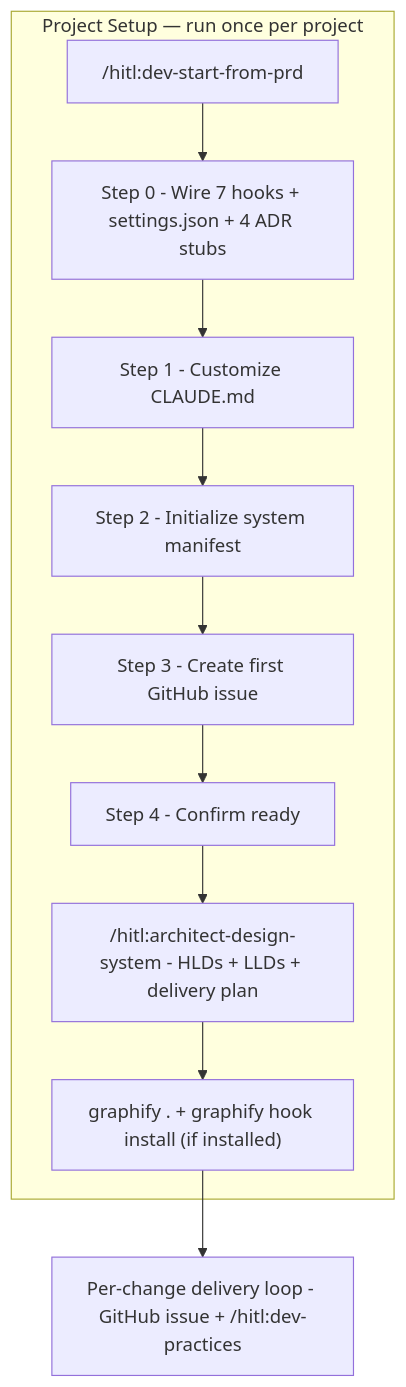
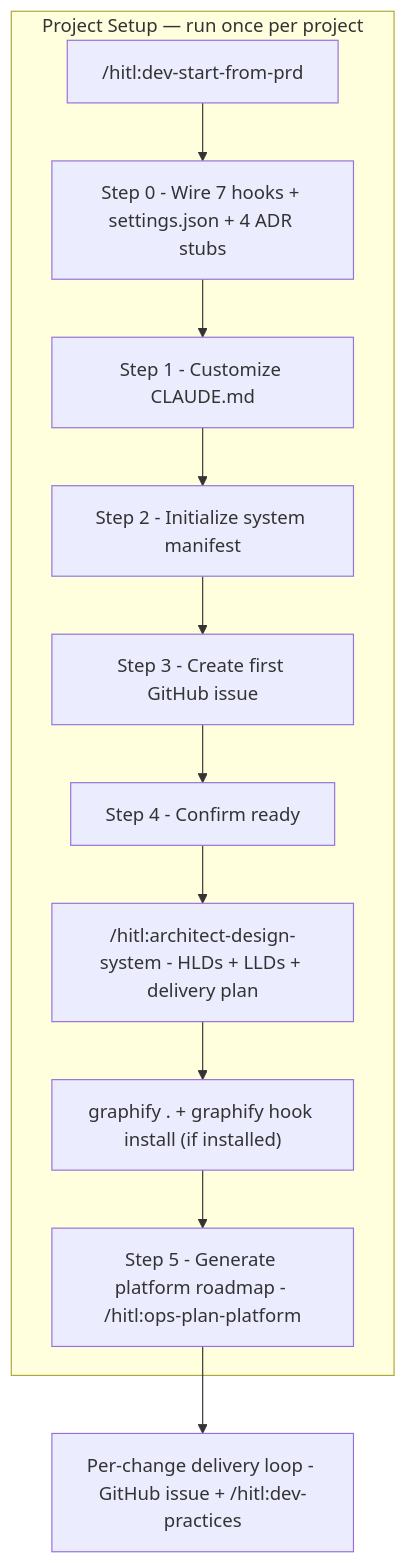
One commit to Prasad-Apparaju/hitl-dev-platform changed the first of 3 diagrams in docs/workflow-prd.md. Above: the diagram before and after it, drawn with Mermaid. The commit also changed other lines of this file and 8 other files, not shown here.

````diff
--- a/docs/workflow-prd.md
+++ b/docs/workflow-prd.md
@@ -11,18 +11,19 @@
 ```mermaid
 graph TB
   subgraph SETUP["Project Setup — run once per project"]
     entry["/hitl:dev-start-from-prd"]
     s0["Step 0 - Wire 7 hooks + settings.json + 4 ADR stubs"]
     s1["Step 1 - Customize CLAUDE.md"]
     s2["Step 2 - Initialize system manifest"]
     s3["Step 3 - Create first GitHub issue"]
     s4["Step 4 - Confirm ready"]
     design["/hitl:architect-design-system - HLDs + LLDs + delivery plan"]
     graphify["graphify . + graphify hook install (if installed)"]
-    entry --> s0 --> s1 --> s2 --> s3 --> s4 --> design --> graphify
+    s5["Step 5 - Generate platform roadmap - /hitl:ops-plan-platform"]
+    entry --> s0 --> s1 --> s2 --> s3 --> s4 --> design --> graphify --> s5
   end
 
   loop["Per-change delivery loop - GitHub issue + /hitl:dev-practices"]
 
-  graphify --> loop
+  s5 --> loop
 ```
````
